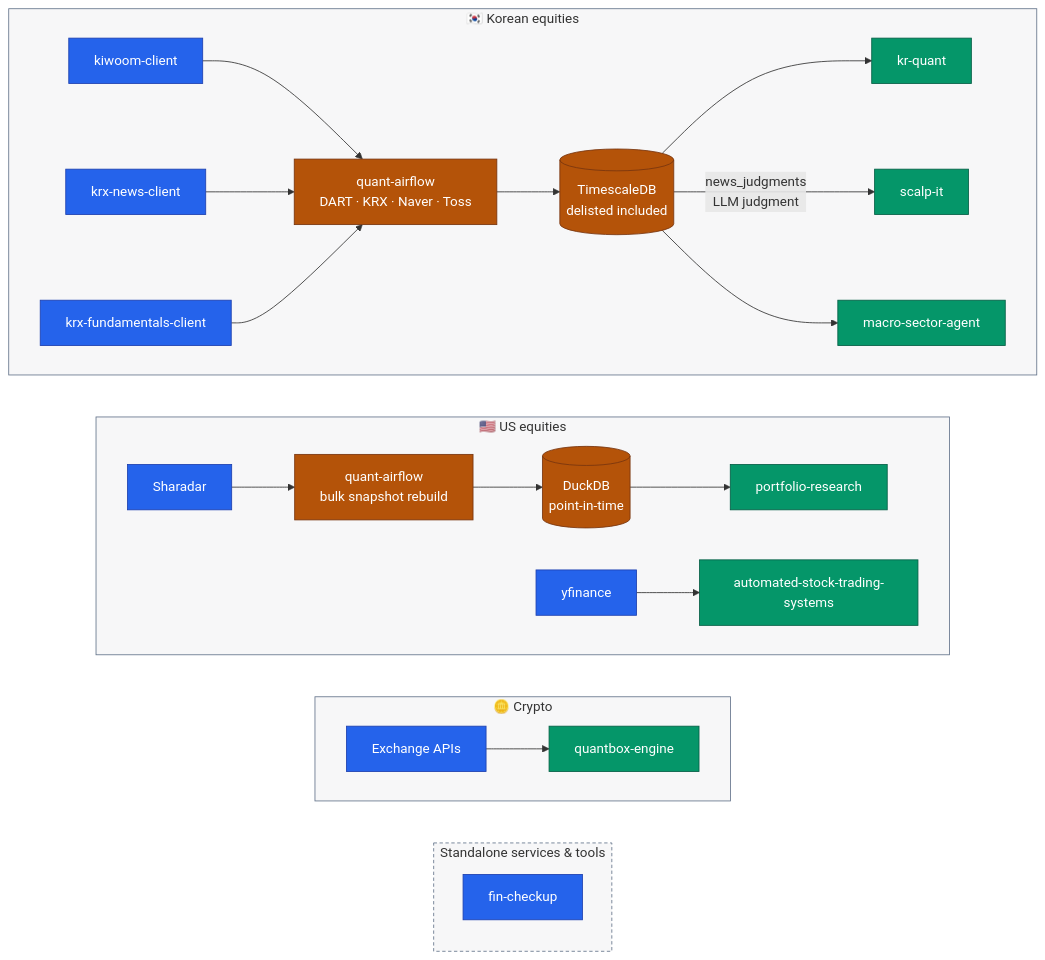
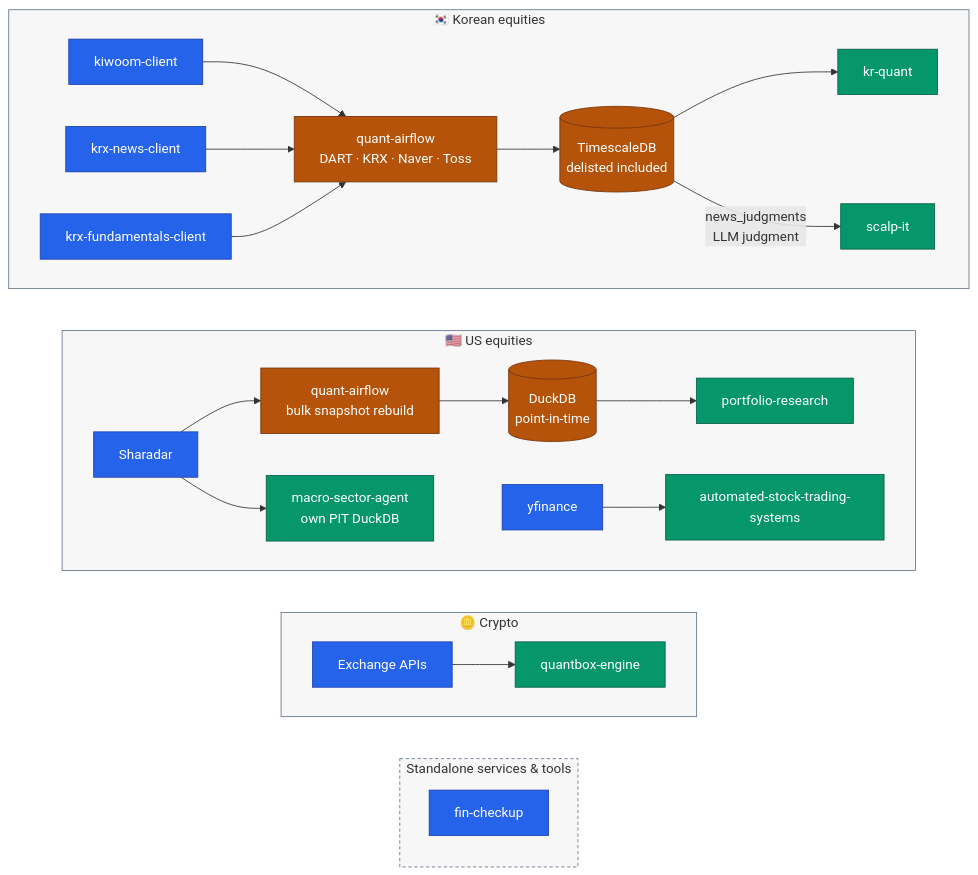
Before and after one commit to younghwan91/younghwan91: the diagram in README.md, drawn with Mermaid. The commit also changed other lines of this file and 1 other file, not shown here.

First line of the commit message:
docs(readme): 레포 상관관계 재검토 반영 — macro-sector-agent 공개 전환, quantbox 설명 갱신

````diff
--- a/README.md
+++ b/README.md
@@ -21,43 +21,43 @@
 ```mermaid
 flowchart TB
     subgraph KR ["🇰🇷 Korean equities"]
         direction LR
         K["kiwoom-client"] --> AF["quant-airflow<br/>DART · KRX · Naver · Toss"] --> DB[("TimescaleDB<br/>delisted included")] --> Q["kr-quant"]
         NW["krx-news-client"] --> AF
         F["krx-fundamentals-client"] --> AF
         DB -- "news_judgments<br/>LLM judgment" --> SC["scalp-it"]
-        DB --> MS["macro-sector-agent"]
     end
 
     subgraph US ["🇺🇸 US equities"]
         direction LR
         SH["Sharadar"] --> AFU["quant-airflow<br/>bulk snapshot rebuild"] --> DD[("DuckDB<br/>point-in-time")] --> O["portfolio-research"]
+        SH --> MS["macro-sector-agent<br/>own PIT DuckDB"]
         YF["yfinance"] --> AT["automated-stock-trading-systems"]
     end
 
     subgraph CX ["🪙 Crypto"]
         direction LR
         EX["Exchange APIs"] --> CR["quantbox-engine"]
     end
 
     subgraph SVC ["Standalone services & tools"]
         direction TB
         FC["fin-checkup"]
     end
 
     %% 세로 정렬용 — `~~~` 는 그 자체로 보이지 않는 링크다(linkStyle 불필요).
     KR ~~~ US ~~~ CX ~~~ SVC
 
     classDef source fill:#2563EB,stroke:#1E40AF,color:#FFFFFF
     classDef move   fill:#B45309,stroke:#78350F,color:#FFFFFF
     classDef out    fill:#059669,stroke:#065F46,color:#FFFFFF
 
     class K,SH,YF,EX,F,NW,FC source
     class AF,AFU,DB,DD move
     class Q,O,AT,CR,SC,MS out
 
     style KR  fill:#0F172A08,stroke:#64748B
     style US  fill:#0F172A08,stroke:#64748B
     style CX  fill:#0F172A08,stroke:#64748B
     style SVC fill:#0F172A08,stroke:#64748B,stroke-dasharray:4 3
 ```
````
